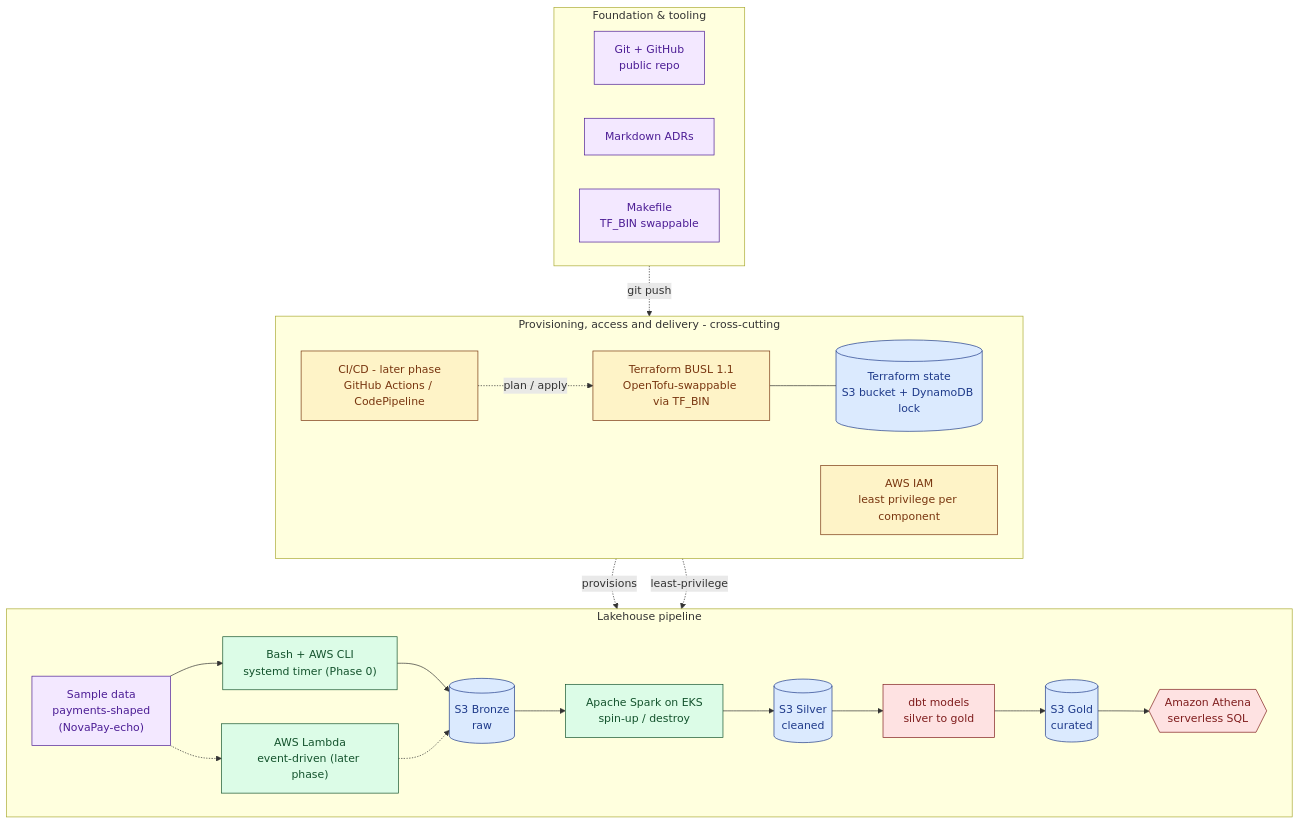
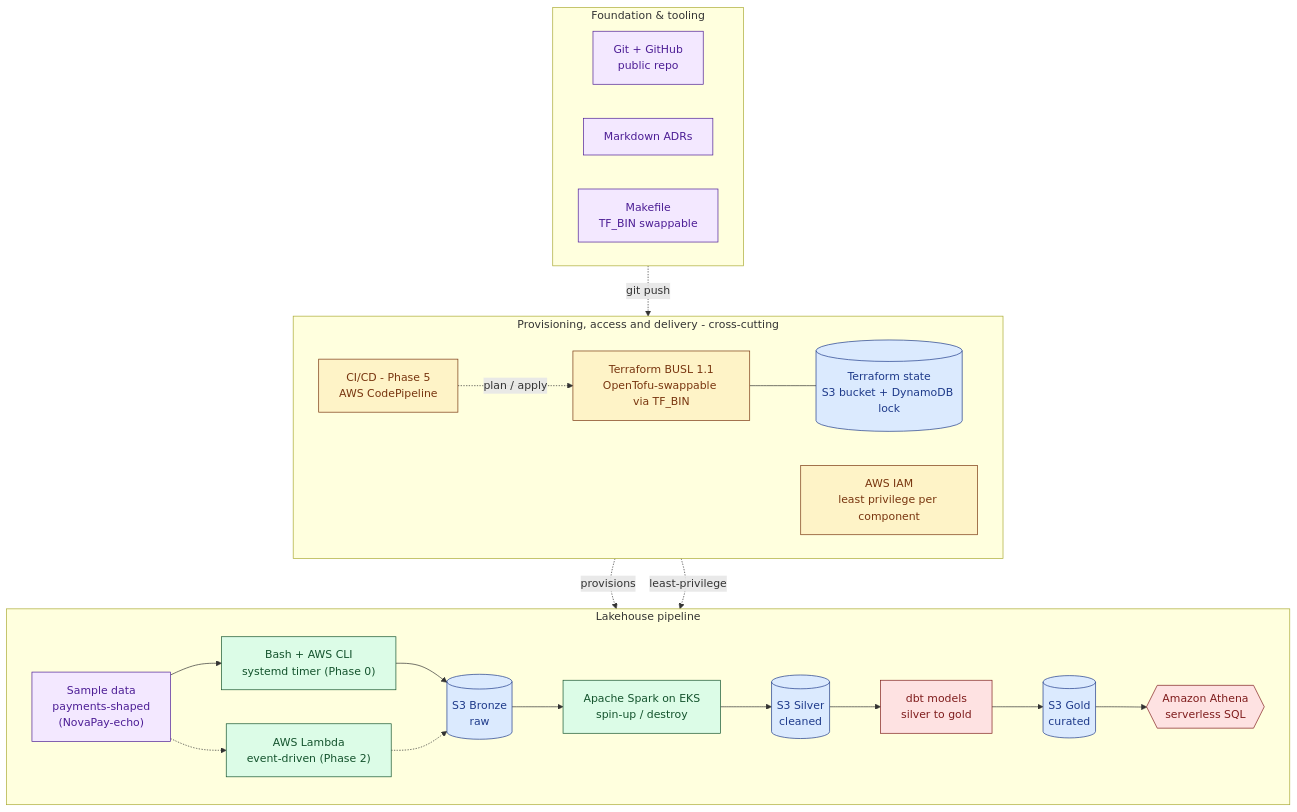
Before and after one commit to ChiragVenkateshaiah/cerberus-platform: the diagram in README.md, drawn with Mermaid. The commit also changed other lines of this file and 5 other files, not shown here.

First line of the commit message:
Re-scope roadmap to 8 phases (0-7) as an end-to-end data platform

````diff
--- a/README.md
+++ b/README.md
@@ -16,53 +20,53 @@
 ```mermaid
 flowchart TB
     subgraph FOUND["Foundation & tooling"]
         direction LR
         GIT["Git + GitHub<br/>public repo"]
         ADR["Markdown ADRs"]
         MK["Makefile<br/>TF_BIN swappable"]
     end
 
     subgraph PIPE["Lakehouse pipeline"]
         direction LR
         SAMPLE["Sample data<br/>payments-shaped<br/>(NovaPay-echo)"]
         ING1["Bash + AWS CLI<br/>systemd timer (Phase 0)"]
-        ING2["AWS Lambda<br/>event-driven (later phase)"]
+        ING2["AWS Lambda<br/>event-driven (Phase 2)"]
         BRZ[("S3 Bronze<br/>raw")]
         SPARK["Apache Spark on EKS<br/>spin-up / destroy"]
         SLV[("S3 Silver<br/>cleaned")]
         DBT["dbt models<br/>silver to gold"]
         GLD[("S3 Gold<br/>curated")]
         ATH{{"Amazon Athena<br/>serverless SQL"}}
 
         SAMPLE --> ING1 --> BRZ
         SAMPLE -.-> ING2 -.-> BRZ
         BRZ --> SPARK --> SLV --> DBT --> GLD --> ATH
     end
 
     subgraph GOV["Provisioning, access and delivery - cross-cutting"]
         direction LR
         TF["Terraform BUSL 1.1<br/>OpenTofu-swappable via TF_BIN"]
         TFSTATE[("Terraform state<br/>S3 bucket + DynamoDB lock")]
         IAM["AWS IAM<br/>least privilege per component"]
-        CICD["CI/CD - later phase<br/>GitHub Actions / CodePipeline"]
+        CICD["CI/CD - Phase 5<br/>AWS CodePipeline"]
         TF --- TFSTATE
         CICD -. plan / apply .-> TF
     end
 
     GIT -. git push .-> CICD
     TF -. provisions .-> PIPE
     IAM -. least-privilege .-> PIPE
 
     classDef storage fill:#dbeafe,stroke:#1e3a8a,color:#1e3a8a
     classDef compute fill:#dcfce7,stroke:#14532d,color:#14532d
     classDef provisioning fill:#fef3c7,stroke:#78350f,color:#78350f
     classDef tooling fill:#f3e8ff,stroke:#4c1d95,color:#4c1d95
     classDef query fill:#fee2e2,stroke:#7f1d1d,color:#7f1d1d
 
     class BRZ,SLV,GLD,TFSTATE storage
     class SPARK,ING1,ING2 compute
     class TF,IAM,CICD provisioning
     class GIT,ADR,MK tooling
     class DBT,ATH query
     class SAMPLE tooling
 ```
````
